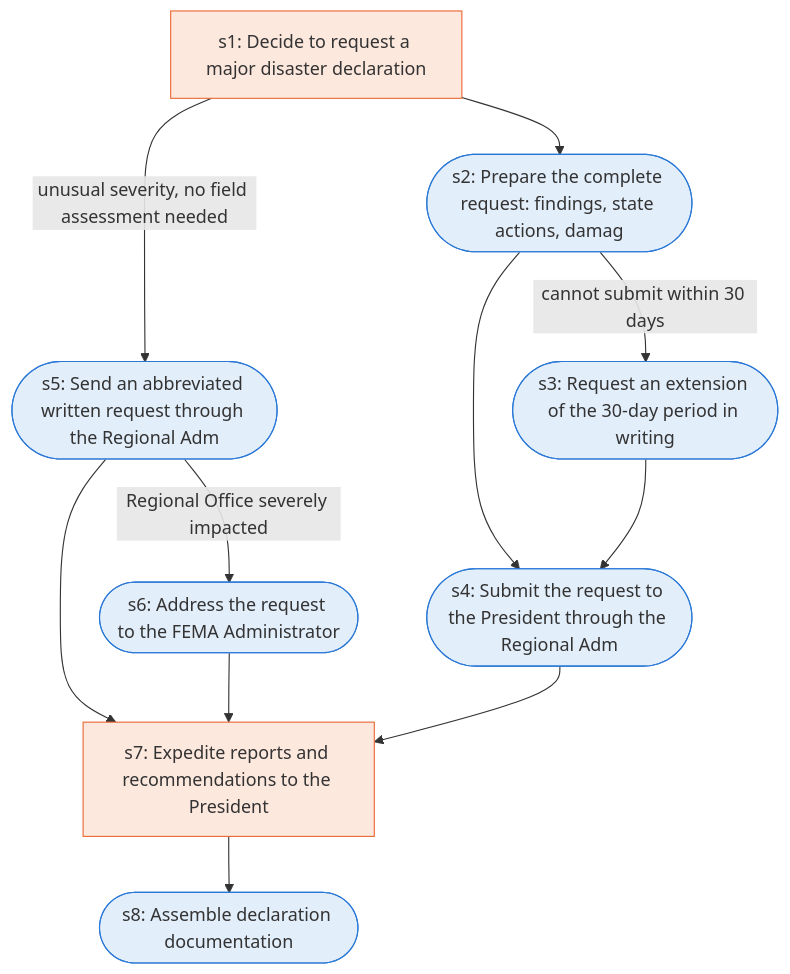
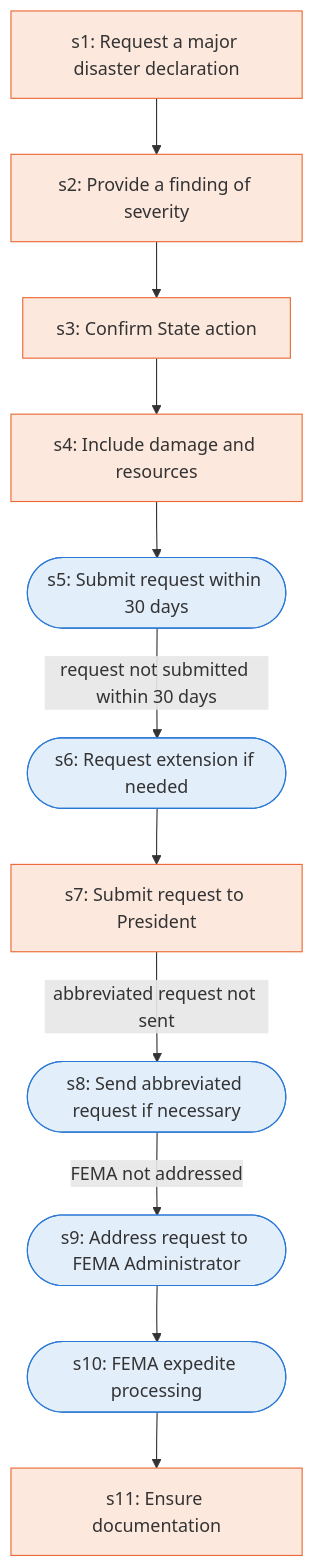
Before and after one commit to Jitesh-Mishra/sop-to-agent-workflows: the diagram in docs/runbooks/fema_disaster_declaration_request.md, drawn with Mermaid. The commit also changed other lines of this file and 172 other files, not shown here.

````diff
--- a/docs/runbooks/fema_disaster_declaration_request.md
+++ b/docs/runbooks/fema_disaster_declaration_request.md
@@ -7,25 +7,28 @@
 ```mermaid
 flowchart TD
-  s1["s1: Decide to request a major disaster declaration"]
-  s2(["s2: Prepare the complete request: findings, state actions, damag"])
-  s3(["s3: Request an extension of the 30-day period in writing"])
-  s4(["s4: Submit the request to the President through the Regional Adm"])
-  s5(["s5: Send an abbreviated written request through the Regional Adm"])
-  s6(["s6: Address the request to the FEMA Administrator"])
-  s7["s7: Expedite reports and recommendations to the President"]
-  s8(["s8: Assemble declaration documentation"])
+  s1["s1: Request a major disaster declaration"]
+  s2["s2: Provide a finding of severity"]
+  s3["s3: Confirm State action"]
+  s4["s4: Include damage and resources"]
+  s5(["s5: Submit request within 30 days"])
+  s6(["s6: Request extension if needed"])
+  s7["s7: Submit request to President"]
+  s8(["s8: Send abbreviated request if necessary"])
+  s9(["s9: Address request to FEMA Administrator"])
+  s10(["s10: FEMA expedite processing"])
+  s11["s11: Ensure documentation"]
   s1 --> s2
-  s2 --> s4
-  s2 -->|cannot submit within 30 days| s3
+  s2 --> s3
   s3 --> s4
-  s1 -->|unusual severity, no field assessment needed| s5
-  s5 -->|Regional Office severely impacted| s6
-  s5 --> s7
+  s4 --> s5
+  s5 -->|request not submitted within 30 days| s6
   s6 --> s7
-  s4 --> s7
-  s7 --> s8
+  s7 -->|abbreviated request not sent| s8
+  s8 -->|FEMA not addressed| s9
+  s9 --> s10
+  s10 --> s11
   classDef agent fill:#e3eefb,stroke:#2a78d6
   classDef human fill:#fde8de,stroke:#eb6834
-  class s2,s3,s4,s5,s6,s8 agent
-  class s1,s7 human
+  class s5,s6,s8,s9,s10 agent
+  class s1,s2,s3,s4,s7,s11 human
 ```
````
